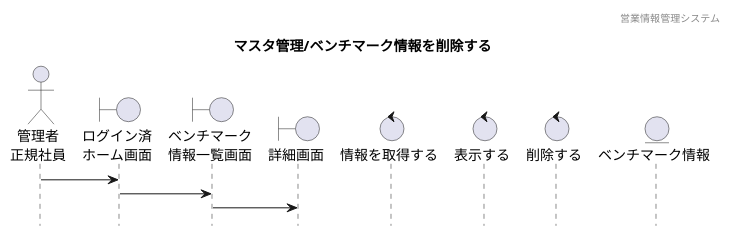
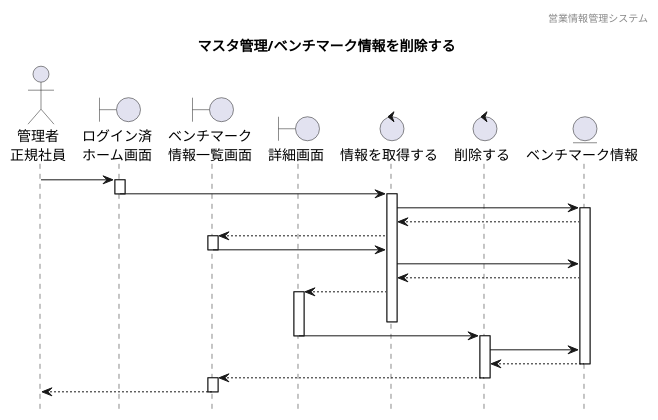
The diagram in 各種設計書/4シーケンス図/マスタ管理/5.ベンチマークマスタ/ベンチマークマスタ管理_削除_未.plantuml (HaruShim/Sotuken), drawn with PlantUML before and after one commit. The commit also changed 12 other files, not shown here.

```diff
--- a/各種設計書/4シーケンス図/マスタ管理/5.ベンチマークマスタ/ベンチマークマスタ管理_削除_未.plantuml
+++ b/各種設計書/4シーケンス図/マスタ管理/5.ベンチマークマスタ/ベンチマークマスタ管理_削除_未.plantuml
@@ -1,29 +1,53 @@
 @startuml sequence
 
 hide footbox
 header 営業情報管理システム
 title マスタ管理/ベンチマーク情報を削除する
 
 ' actor "" as 
 actor "管理者\n正規社員" as a1 
 
 ' boundary "" as 
 boundary "ログイン済\nホーム画面" as b1
 boundary "ベンチマーク\n情報一覧画面" as b2
 boundary "詳細画面" as b3
 
 ' control "" as c
 control "情報を取得する" as c1
 ' ↑ベンチマークマスタ情報を取得するだったんだけど変更していいかな
-control "表示する" as c2
-control "削除する" as c3
+control "削除する" as c2
 
 ' entity "" as e
 entity "ベンチマーク情報" as e1
 
 a1 -> b1
-b1 -> b2
-b2 -> b3
+activate b1
+b1 -> c1
+deactivate b1
+activate c1
+c1 -> e1
+activate e1
+e1 --> c1
+c1 --> b2
+activate b2
+b2 -> c1
+deactivate b2
+c1 -> e1
+e1 --> c1
+c1 --> b3
+activate b3
+deactivate c1
+b3 -> c2
+deactivate b3
+activate c2
+c2 -> e1
+e1 --> c2
+deactivate e1
+c2 --> b2
+deactivate c2
+activate b2
+b2 --> a1 
+deactivate b2
 
 
 @enduml
```
